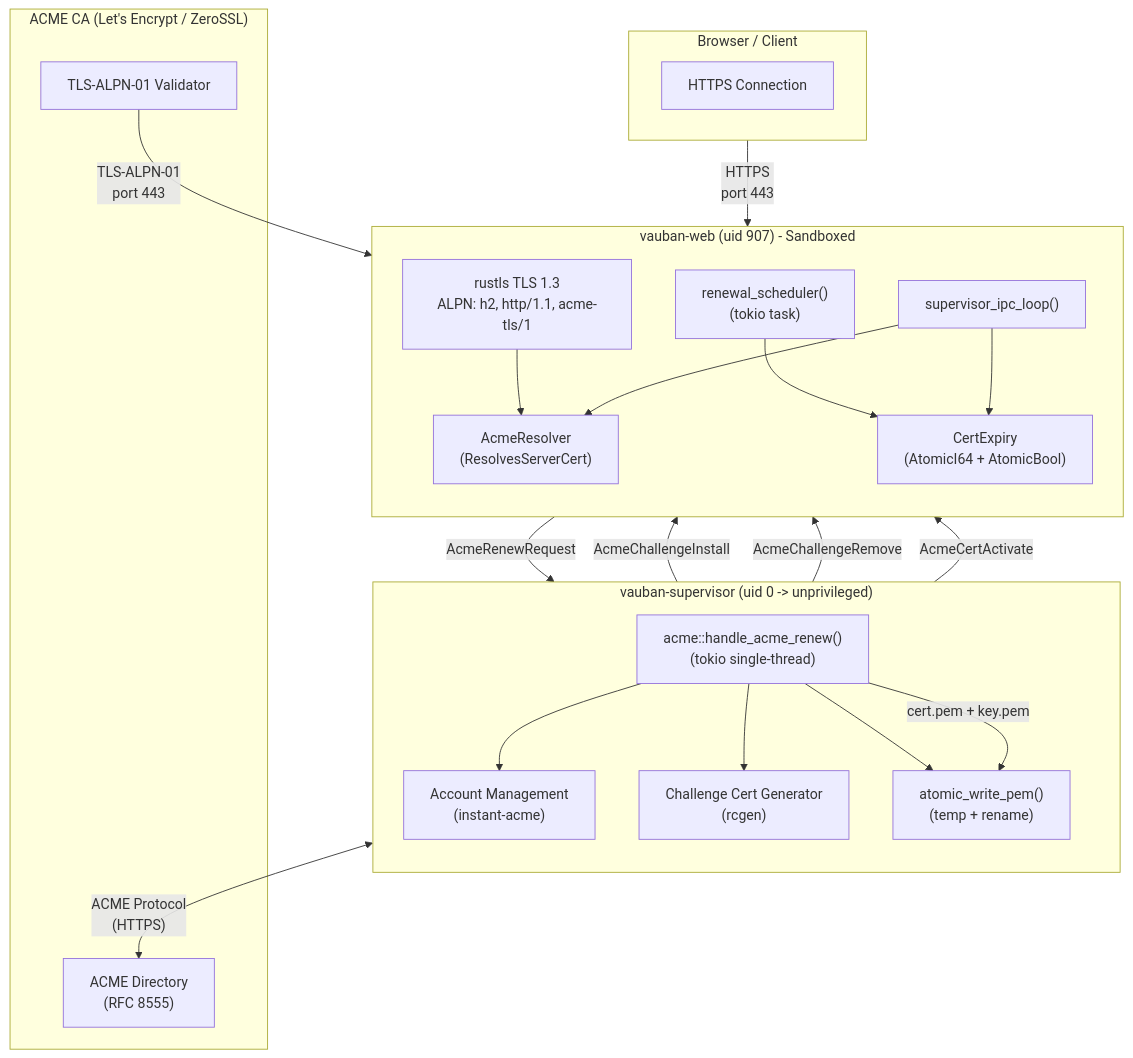
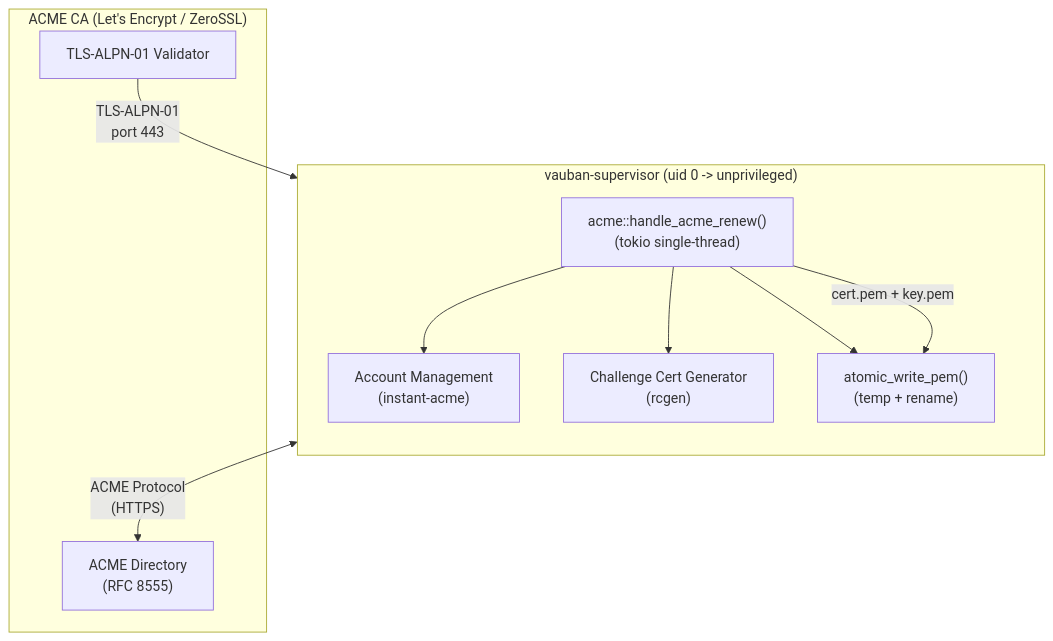
The first of 9 diagrams in docs/technical/Vauban_ACME_TLS_Architecture_EN(1.0).md (rbenaley/Vauban), drawn with Mermaid before and after one commit. The commit also changed other lines of this file, not shown here.

First line of the commit message:
docs(acme): simplify component diagram and improve ADR formatting

````diff
--- a/docs/technical/Vauban_ACME_TLS_Architecture_EN(1.0).md
+++ b/docs/technical/Vauban_ACME_TLS_Architecture_EN(1.0).md
@@ -76,46 +76,23 @@
 ```mermaid
 flowchart TB
-    subgraph web_sandbox ["vauban-web (uid 907) - Sandboxed"]
-        direction TB
-        AcmeResolver["AcmeResolver<br/>(ResolvesServerCert)"]
-        CertExpiry["CertExpiry<br/>(AtomicI64 + AtomicBool)"]
-        Scheduler["renewal_scheduler()<br/>(tokio task)"]
-        IpcHandler["supervisor_ipc_loop()"]
-        TLS["rustls TLS 1.3<br/>ALPN: h2, http/1.1, acme-tls/1"]
-
-        TLS --> AcmeResolver
-        Scheduler --> CertExpiry
-        IpcHandler --> AcmeResolver
-        IpcHandler --> CertExpiry
-    end
-
     subgraph supervisor ["vauban-supervisor (uid 0 -> unprivileged)"]
         direction TB
         AcmeWorker["acme::handle_acme_renew()<br/>(tokio single-thread)"]
         AccountMgr["Account Management<br/>(instant-acme)"]
         ChallengGen["Challenge Cert Generator<br/>(rcgen)"]
         DiskWriter["atomic_write_pem()<br/>(temp + rename)"]
 
         AcmeWorker --> AccountMgr
         AcmeWorker --> ChallengGen
         AcmeWorker --> DiskWriter
     end
 
     subgraph ca ["ACME CA (Let's Encrypt / ZeroSSL)"]
         ACME_DIR["ACME Directory<br/>(RFC 8555)"]
         ACME_VAL["TLS-ALPN-01 Validator"]
     end
 
-    subgraph client ["Browser / Client"]
-        HTTPS["HTTPS Connection"]
-    end
-
-    Scheduler -->|"AcmeRenewRequest"| AcmeWorker
-    AcmeWorker -->|"AcmeChallengeInstall"| IpcHandler
-    AcmeWorker -->|"AcmeChallengeRemove"| IpcHandler
-    AcmeWorker -->|"AcmeCertActivate"| IpcHandler
     AcmeWorker <-->|"ACME Protocol<br/>(HTTPS)"| ACME_DIR
-    ACME_VAL -->|"TLS-ALPN-01<br/>port 443"| TLS
-    client -->|"HTTPS<br/>port 443"| TLS
+    ACME_VAL -->|"TLS-ALPN-01<br/>port 443"| AcmeWorker
     AcmeWorker -->|"cert.pem + key.pem"| DiskWriter
 ```
````
